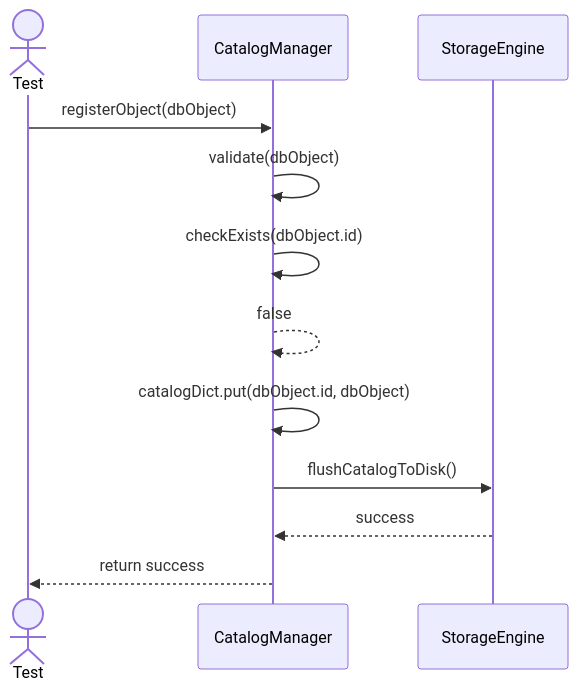
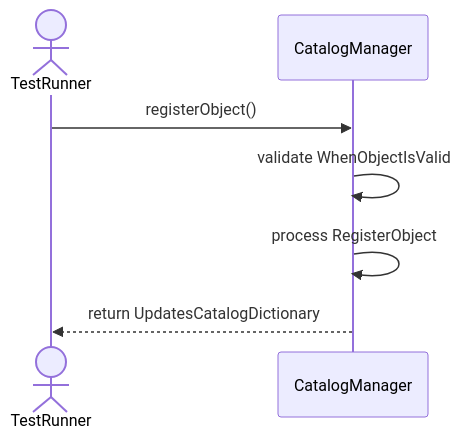
One commit to TamBui1706/DBMS changed the first of 10 diagrams in Sequences/Core/CatalogManager.md. Above: the diagram before and after it, drawn with Mermaid. The commit also changed other lines of this file and 63 other files, not shown here.

Commit message:
Draw sequence diagram for unit tests

````diff
--- a/Sequences/Core/CatalogManager.md
+++ b/Sequences/Core/CatalogManager.md
@@ -17,15 +20,9 @@
 ```mermaid
 sequenceDiagram
-    actor Test
+    actor TestRunner
     participant CatalogManager
-    participant StorageEngine
-
-    Test->>CatalogManager: registerObject(dbObject)
-    CatalogManager->>CatalogManager: validate(dbObject)
-    CatalogManager->>CatalogManager: checkExists(dbObject.id)
-    CatalogManager-->>CatalogManager: false
-    CatalogManager->>CatalogManager: catalogDict.put(dbObject.id, dbObject)
-    CatalogManager->>StorageEngine: flushCatalogToDisk()
-    StorageEngine-->>CatalogManager: success
-    CatalogManager-->>Test: return success
+    TestRunner->>CatalogManager: registerObject()
+    CatalogManager->>CatalogManager: validate WhenObjectIsValid
+    CatalogManager->>CatalogManager: process RegisterObject
+    CatalogManager-->>TestRunner: return UpdatesCatalogDictionary
 ```
````
